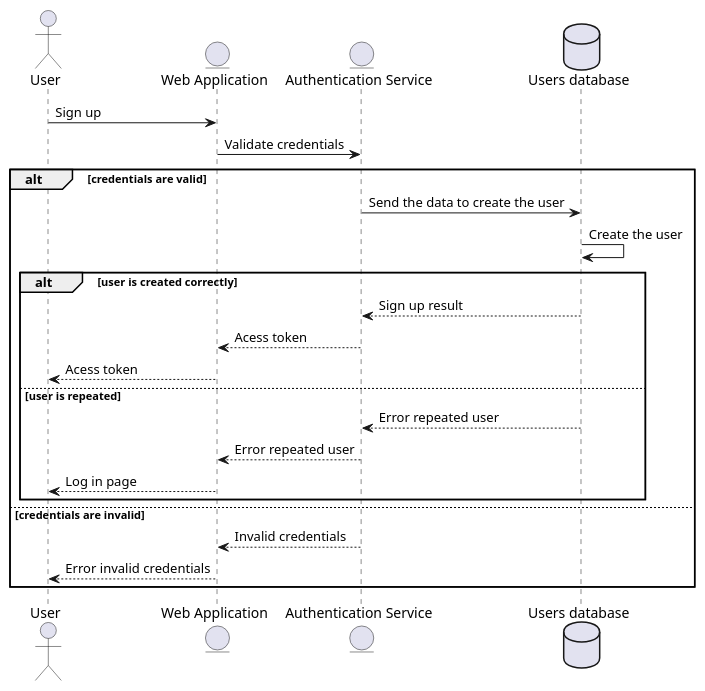
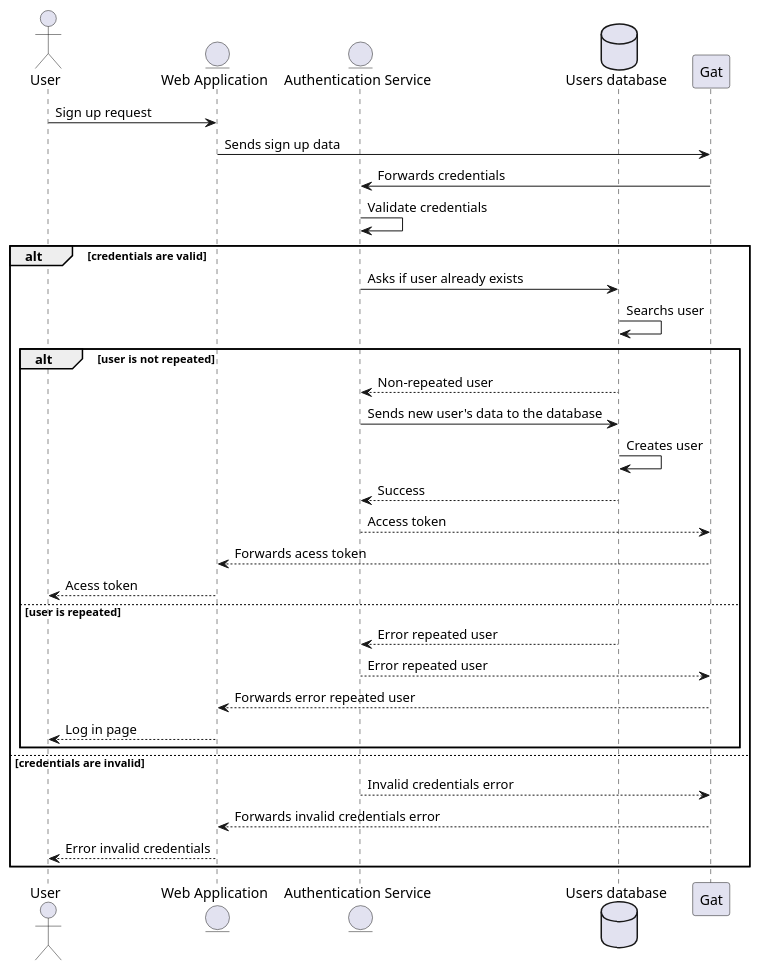
One commit to Arquisoft/wichat_en1b changed the first of 5 diagrams in docs/src/06_runtime_view.adoc. Above: the diagram before and after it, drawn with PlantUML. The commit also changed other lines of this file, not shown here.

Commit message:
Fixed Sign Up runtime view sequence

```diff
--- a/docs/src/06_runtime_view.adoc
+++ b/docs/src/06_runtime_view.adoc
@@ -50,26 +50,34 @@
 [plantuml,"Authentication Sign Up Sequence",png]
 ----
 actor User
 entity "Web Application" as App
 entity "Authentication Service" as Auth
 database "Users database" as Ust
 
-User -> App: Sign up
-App -> Auth: Validate credentials
+User -> App: Sign up request
+App -> Gat: Sends sign up data
+Gat -> Auth: Forwards credentials
+Auth -> Auth: Validate credentials
 alt credentials are valid
-    Auth -> Ust: Send the data to create the user
-    Ust -> Ust: Create the user
-    alt user is created correctly
-        Ust --> Auth: Sign up result
-        Auth --> App: Acess token
+    Auth -> Ust: Asks if user already exists
+    Ust -> Ust: Searchs user
+    alt user is not repeated
+        Ust --> Auth: Non-repeated user
+        Auth -> Ust: Sends new user's data to the database
+        Ust -> Ust: Creates user
+        Ust --> Auth: Success
+        Auth --> Gat: Access token
+        Gat --> App: Forwards acess token
         App --> User: Acess token
     else user is repeated
         Ust --> Auth: Error repeated user
-        Auth --> App: Error repeated user
+        Auth --> Gat: Error repeated user
+        Gat --> App: Forwards error repeated user
         App --> User: Log in page
     end
 else credentials are invalid
-    Auth --> App: Invalid credentials
+    Auth --> Gat: Invalid credentials error
+    Gat --> App: Forwards invalid credentials error
     App --> User: Error invalid credentials
 end
 ----
```
